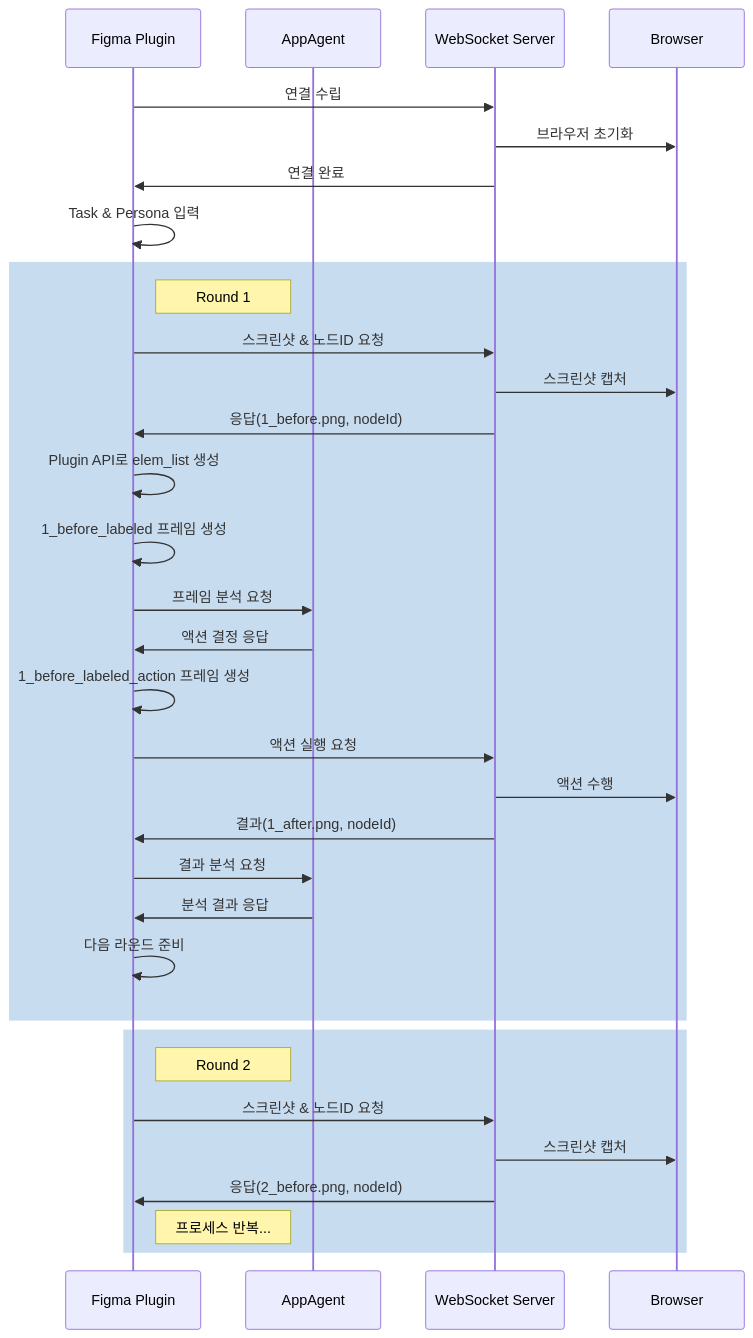
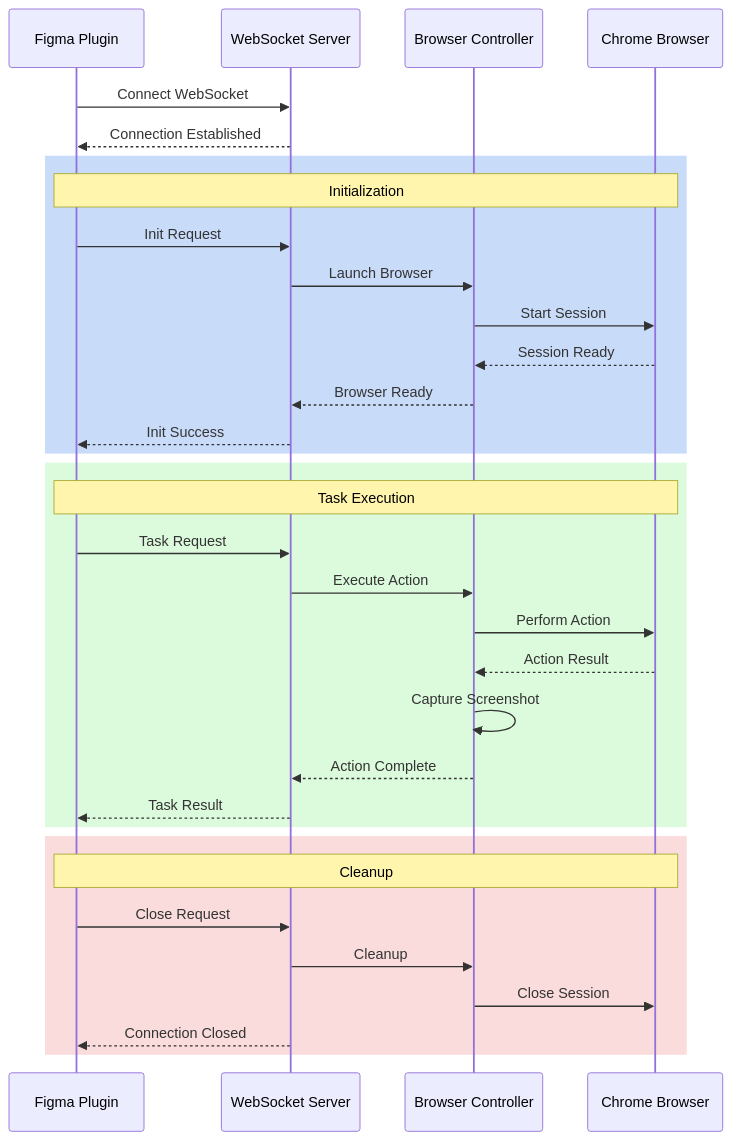
The diagram in README.md (FigmaAI/KleverDesktop), drawn with Mermaid before and after one commit. The commit also changed other lines of this file and 7 other files, not shown here.

````diff
--- a/README.md
+++ b/README.md
@@ -26,44 +65,39 @@
 ```mermaid
 sequenceDiagram
-    participant F as Figma Plugin
-    participant A as AppAgent
-    participant W as WebSocket Server
-    participant B as Browser
+    participant Figma Plugin
+    participant WebSocket Server
+    participant Browser Controller
+    participant Chrome Browser
 
-    %% 초기화 단계
-    F->>W: 연결 수립
-    W->>B: 브라우저 초기화
-    W->>F: 연결 완료
+    Figma Plugin->>WebSocket Server: Connect WebSocket
+    WebSocket Server-->>Figma Plugin: Connection Established
 
-    %% Task & Persona 제출
-    F->>F: Task & Persona 입력
-    
-    rect rgb(200, 220, 240)
-        Note right of F: Round 1
-        F->>W: 스크린샷 & 노드ID 요청
-        W->>B: 스크린샷 캡처
-        W->>F: 응답(1_before.png, nodeId)
-        
-        F->>F: Plugin API로 elem_list 생성
-        F->>F: 1_before_labeled 프레임 생성
-        F->>A: 프레임 분석 요청
-        A->>F: 액션 결정 응답
-        
-        F->>F: 1_before_labeled_action 프레임 생성
-        F->>W: 액션 실행 요청
-        W->>B: 액션 수행
-        W->>F: 결과(1_after.png, nodeId)
-        
-        F->>A: 결과 분석 요청
-        A->>F: 분석 결과 응답
-        F->>F: 다음 라운드 준비
+    rect rgb(200, 220, 250)
+        Note over Figma Plugin,Chrome Browser: Initialization
+        Figma Plugin->>WebSocket Server: Init Request
+        WebSocket Server->>Browser Controller: Launch Browser
+        Browser Controller->>Chrome Browser: Start Session
+        Chrome Browser-->>Browser Controller: Session Ready
+        Browser Controller-->>WebSocket Server: Browser Ready
+        WebSocket Server-->>Figma Plugin: Init Success
     end
 
-    rect rgb(200, 220, 240)
-        Note right of F: Round 2
-        F->>W: 스크린샷 & 노드ID 요청
-        W->>B: 스크린샷 캡처
-        W->>F: 응답(2_before.png, nodeId)
-        Note right of F: 프로세스 반복...
+    rect rgb(220, 250, 220)
+        Note over Figma Plugin,Chrome Browser: Task Execution
+        Figma Plugin->>WebSocket Server: Task Request
+        WebSocket Server->>Browser Controller: Execute Action
+        Browser Controller->>Chrome Browser: Perform Action
+        Chrome Browser-->>Browser Controller: Action Result
+        Browser Controller->>Browser Controller: Capture Screenshot
+        Browser Controller-->>WebSocket Server: Action Complete
+        WebSocket Server-->>Figma Plugin: Task Result
+    end
+
+    rect rgb(250, 220, 220)
+        Note over Figma Plugin,Chrome Browser: Cleanup
+        Figma Plugin->>WebSocket Server: Close Request
+        WebSocket Server->>Browser Controller: Cleanup
+        Browser Controller->>Chrome Browser: Close Session
+        WebSocket Server-->>Figma Plugin: Connection Closed
     end
 ```
````
